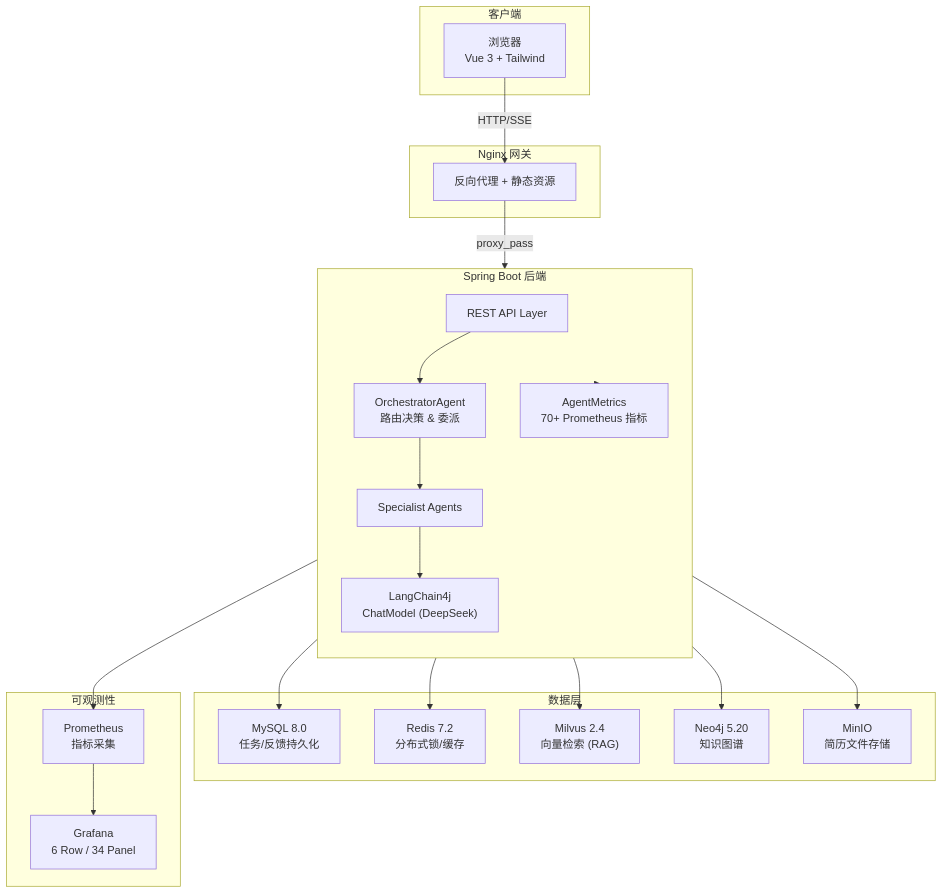
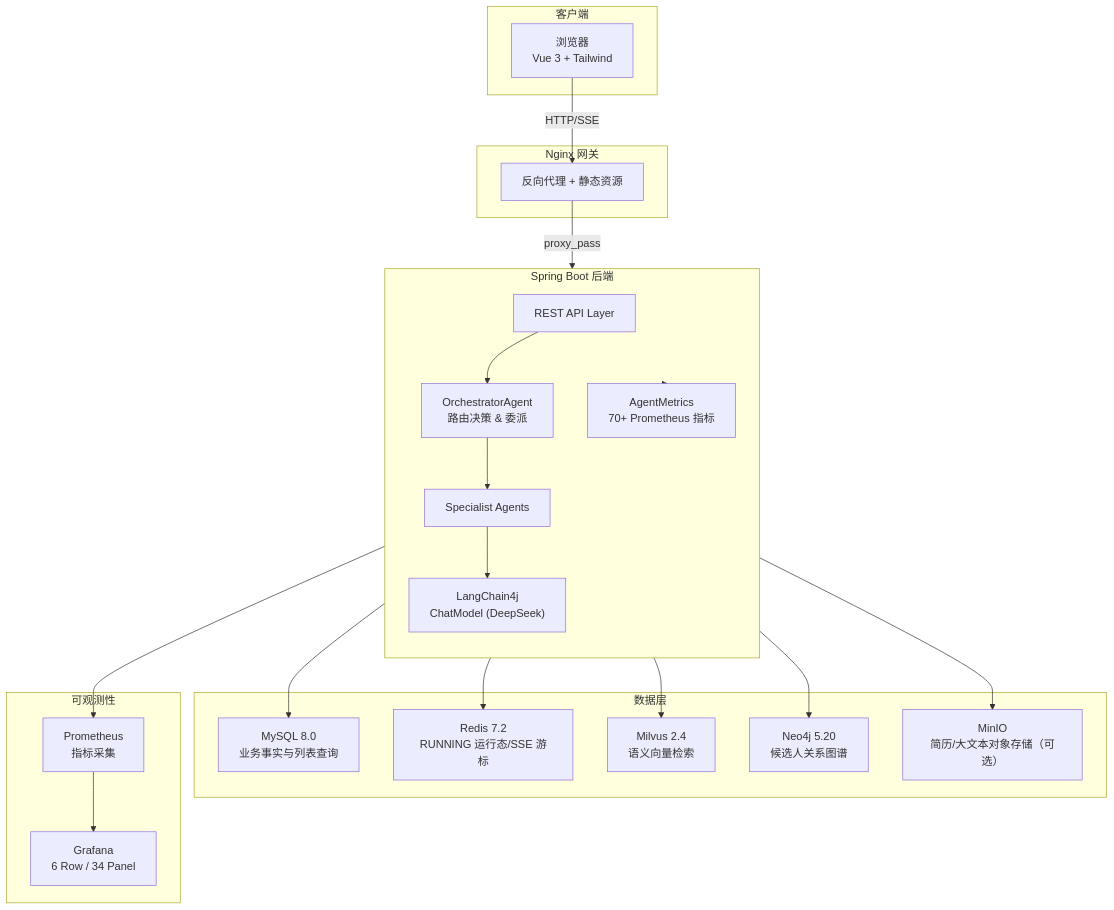
One commit to iTomGeller/ResumAI-Agent changed the diagram in README.md. Above: the diagram before and after it, drawn with Mermaid. The commit also changed other lines of this file and 76 other files, not shown here.

````diff
--- a/README.md
+++ b/README.md
@@ -32,46 +32,46 @@
 ```mermaid
 flowchart TB
     subgraph Client ["客户端"]
         Browser["浏览器<br/>Vue 3 + Tailwind"]
     end
 
     subgraph Gateway ["Nginx 网关"]
         Nginx["反向代理 + 静态资源"]
     end
 
     subgraph Backend ["Spring Boot 后端"]
         direction TB
         API["REST API Layer"]
         Orchestrator["OrchestratorAgent<br/>路由决策 & 委派"]
         Agents["Specialist Agents"]
         LLM["LangChain4j<br/>ChatModel (DeepSeek)"]
         Metrics["AgentMetrics<br/>70+ Prometheus 指标"]
     end
 
     subgraph Storage ["数据层"]
-        MySQL["MySQL 8.0<br/>任务/反馈持久化"]
-        Redis["Redis 7.2<br/>分布式锁/缓存"]
-        Milvus["Milvus 2.4<br/>向量检索 (RAG)"]
-        Neo4j["Neo4j 5.20<br/>知识图谱"]
-        MinIO["MinIO<br/>简历文件存储"]
+        MySQL["MySQL 8.0<br/>业务事实与列表查询"]
+        Redis["Redis 7.2<br/>RUNNING 运行态/SSE 游标"]
+        Milvus["Milvus 2.4<br/>语义向量检索"]
+        Neo4j["Neo4j 5.20<br/>候选人关系图谱"]
+        MinIO["MinIO<br/>简历/大文本对象存储（可选）"]
     end
 
     subgraph Observability ["可观测性"]
         Prometheus["Prometheus<br/>指标采集"]
         Grafana["Grafana<br/>6 Row / 34 Panel"]
     end
 
     Browser -->|HTTP/SSE| Nginx
     Nginx -->|proxy_pass| API
     API --> Orchestrator
     Orchestrator --> Agents
     Agents --> LLM
     Agents --> Milvus
     Agents --> Neo4j
     API --> MySQL
     API --> Redis
     API --> MinIO
     Backend --> Metrics
     Metrics --> Prometheus
     Prometheus --> Grafana
 ```
````
